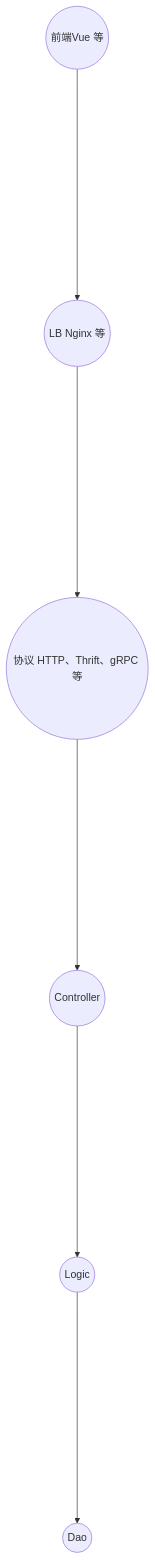
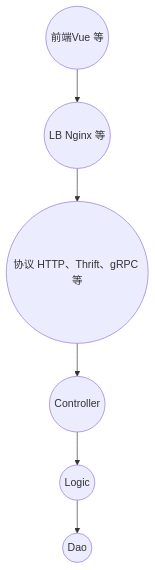
Before and after one commit to jicki/jicki.github.io: the second of 2 diagrams in golang-web-note-1/index.md, drawn with Mermaid. The commit also changed 1 other file, not shown here.

Commit message:
update jicki/hugo@1499b68c284af61639ac986e41ae6bd7b0fd021f

```diff
--- a/golang-web-note-1/index.md
+++ b/golang-web-note-1/index.md
@@ -80,14 +80,14 @@
 {{< mermaid >}}
 graph TD;
   id1((前端Vue 等))
   id2((LB Nginx 等))
   id3((协议 HTTP、Thrift、gRPC 等))
   id4((Controller))
   id5((Logic))
   id6((Dao))
-  id1-------->id2;
-  id2-------->id3;
-  id3-------->id4;
-  id4-------->id5;
-  id5-------->id6;
+  id1-->id2;
+  id2-->id3;
+  id3-->id4;
+  id4-->id5;
+  id5-->id6;
 {{< /mermaid >}}
```
